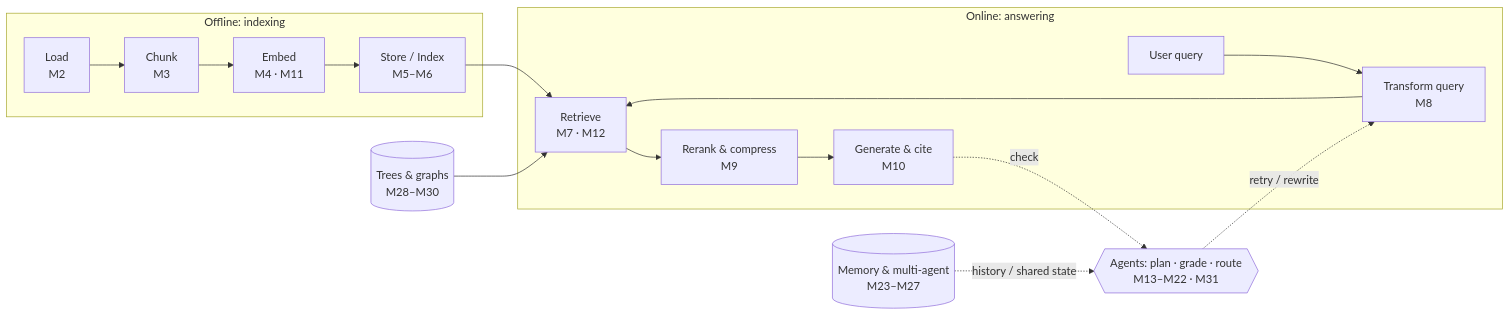
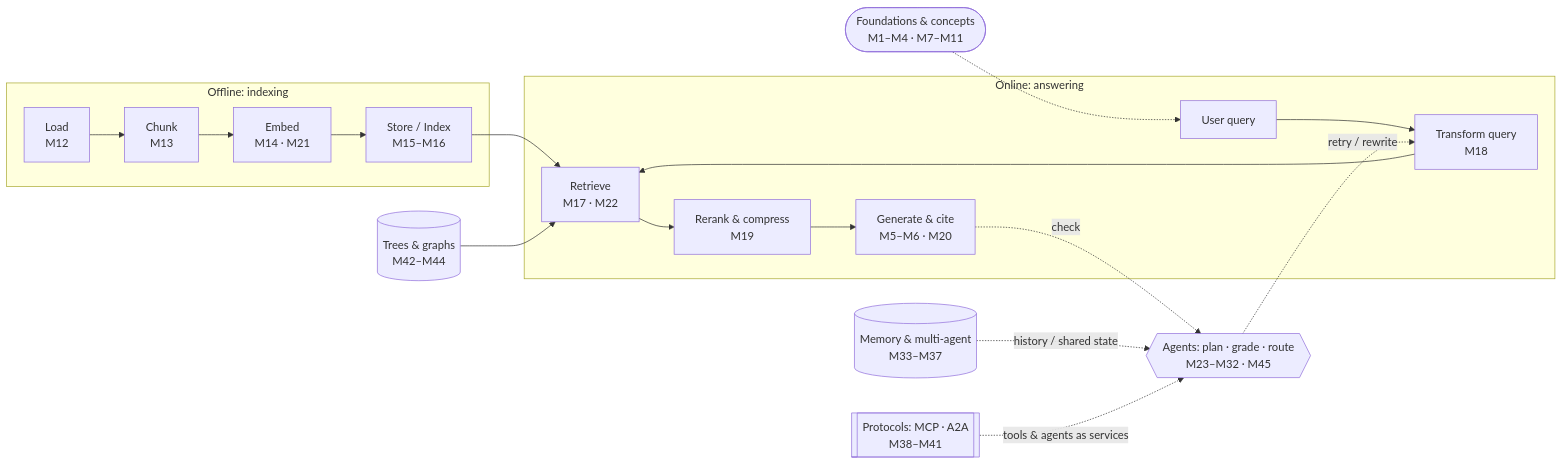
The diagram in CURRICULUM.md (Sourav692/rag-agents-engineering), drawn with Mermaid before and after one commit. The commit also changed other lines of this file and 1257 other files, not shown here.

````diff
--- a/CURRICULUM.md
+++ b/CURRICULUM.md
@@ -72,14 +80,16 @@
 ```mermaid
 flowchart LR
   subgraph OFF[Offline: indexing]
-    L[Load<br/>M2] --> C[Chunk<br/>M3] --> E[Embed<br/>M4 · M11] --> S[Store / Index<br/>M5–M6]
+    L[Load<br/>M12] --> C[Chunk<br/>M13] --> E[Embed<br/>M14 · M21] --> S[Store / Index<br/>M15–M16]
   end
   subgraph ON[Online: answering]
-    Q[User query] --> T[Transform query<br/>M8] --> R[Retrieve<br/>M7 · M12] --> P[Rerank & compress<br/>M9] --> G[Generate & cite<br/>M10]
+    Q[User query] --> T[Transform query<br/>M18] --> R[Retrieve<br/>M17 · M22] --> P[Rerank & compress<br/>M19] --> G[Generate & cite<br/>M5–M6 · M20]
   end
   S --> R
-  A{{Agents: plan · grade · route<br/>M13–M22 · M31}} -.retry / rewrite.-> T
-  M[(Memory & multi-agent<br/>M23–M27)] -.history / shared state.-> A
+  A{{Agents: plan · grade · route<br/>M23–M32 · M45}} -.retry / rewrite.-> T
+  M[(Memory & multi-agent<br/>M33–M37)] -.history / shared state.-> A
   G -.check.-> A
-  K[(Trees & graphs<br/>M28–M30)] --> R
+  K[(Trees & graphs<br/>M42–M44)] --> R
+  X[[Protocols: MCP · A2A<br/>M38–M41]] -.tools & agents as services.-> A
+  F([Foundations & concepts<br/>M1–M4 · M7–M11]) -.-> Q
 ```
````
